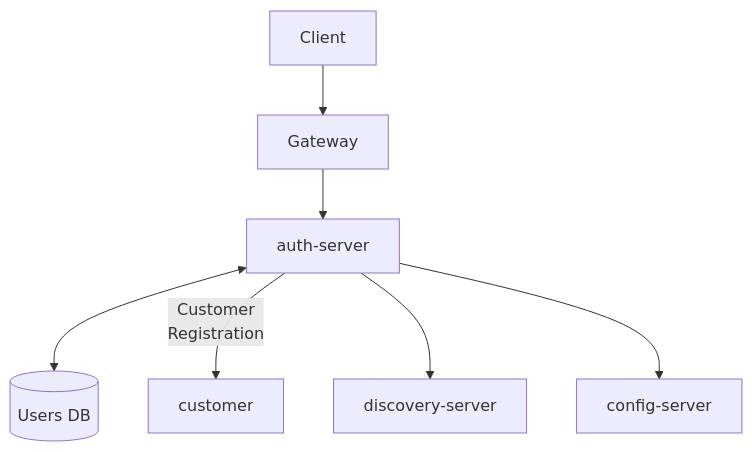
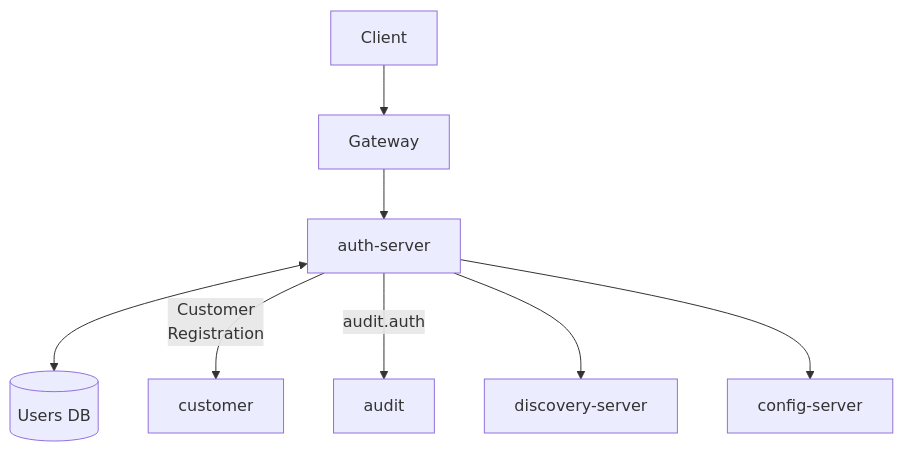
The diagram in services/auth-server/README.md (Lfav07/amerbank-micro), drawn with Mermaid before and after one commit. The commit also changed other lines of this file and 3 other files, not shown here.

````diff
--- a/services/auth-server/README.md
+++ b/services/auth-server/README.md
@@ -16,9 +16,10 @@
 ```mermaid
 graph TD
     Client --> Gateway
     Gateway --> auth-server
     auth-server <--> UsersDB[(Users DB)]
     auth-server -->|Customer <br> Registration| customer
+    auth-server -->|"audit.auth"| audit
     auth-server --> discovery-server
     auth-server --> config-server    
 ```
````
